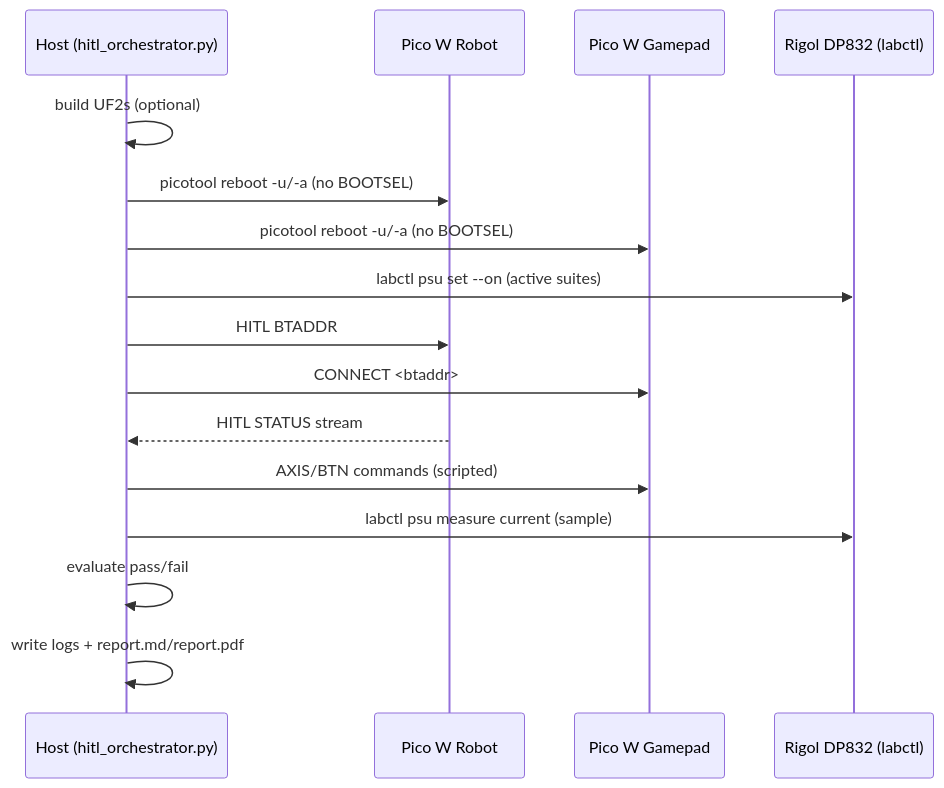
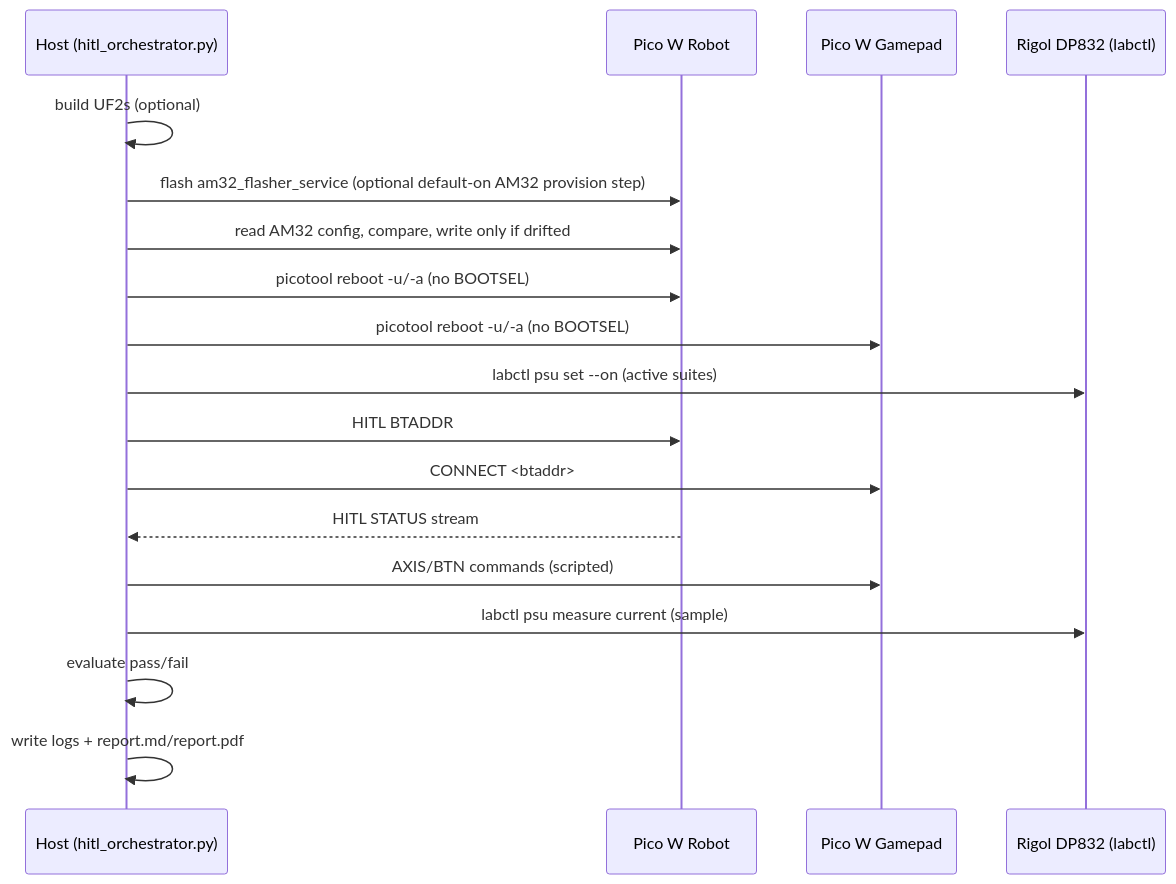
One commit to stevemance/thumbsup changed the second of 4 diagrams in docs/HITL.md. Above: the diagram before and after it, drawn with Mermaid. The commit also changed other lines of this file and 29 other files, not shown here.

````diff
--- a/docs/HITL.md
+++ b/docs/HITL.md
@@ -71,19 +71,21 @@
 ```mermaid
 sequenceDiagram
   participant Host as Host (hitl_orchestrator.py)
   participant Robot as Pico W Robot
   participant Pad as Pico W Gamepad
   participant PSU as Rigol DP832 (labctl)
 
   Host->>Host: build UF2s (optional)
+  Host->>Robot: flash am32_flasher_service (optional default-on AM32 provision step)
+  Host->>Robot: read AM32 config, compare, write only if drifted
   Host->>Robot: picotool reboot -u/-a (no BOOTSEL)
   Host->>Pad: picotool reboot -u/-a (no BOOTSEL)
   Host->>PSU: labctl psu set --on (active suites)
   Host->>Robot: HITL BTADDR
   Host->>Pad: CONNECT <btaddr>
   Robot-->>Host: HITL STATUS stream
   Host->>Pad: AXIS/BTN commands (scripted)
   Host->>PSU: labctl psu measure current (sample)
   Host->>Host: evaluate pass/fail
   Host->>Host: write logs + report.md/report.pdf
 ```
````
